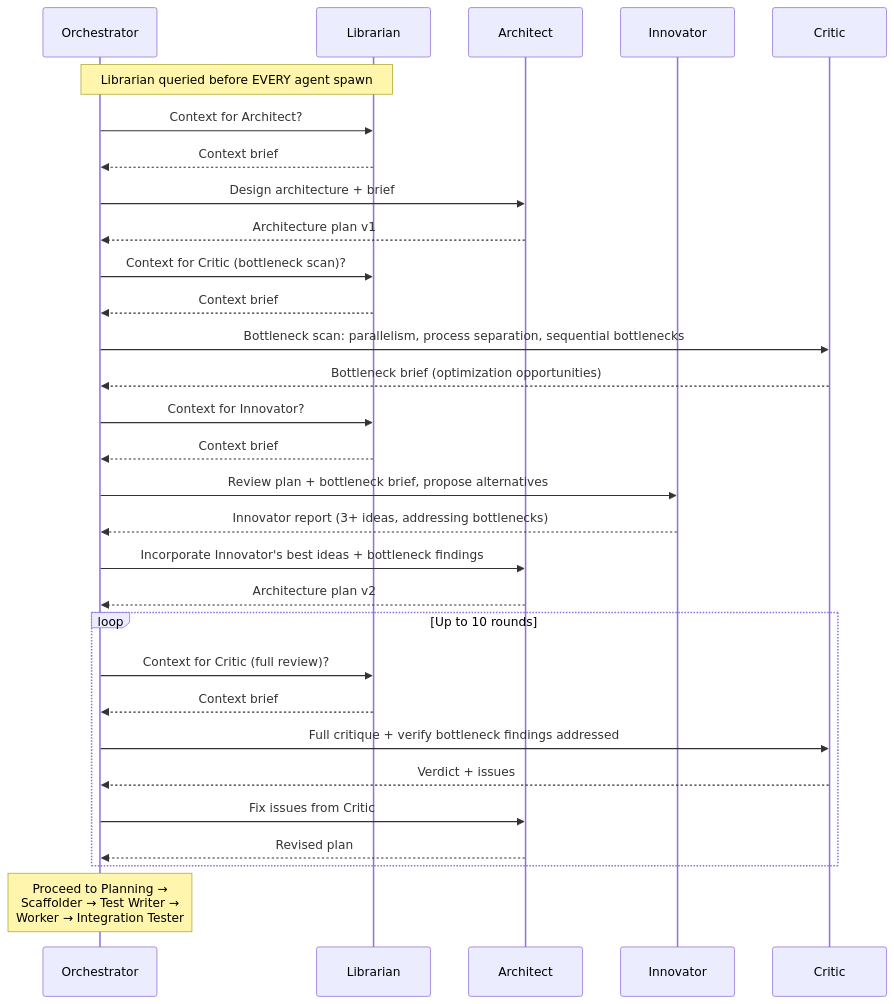
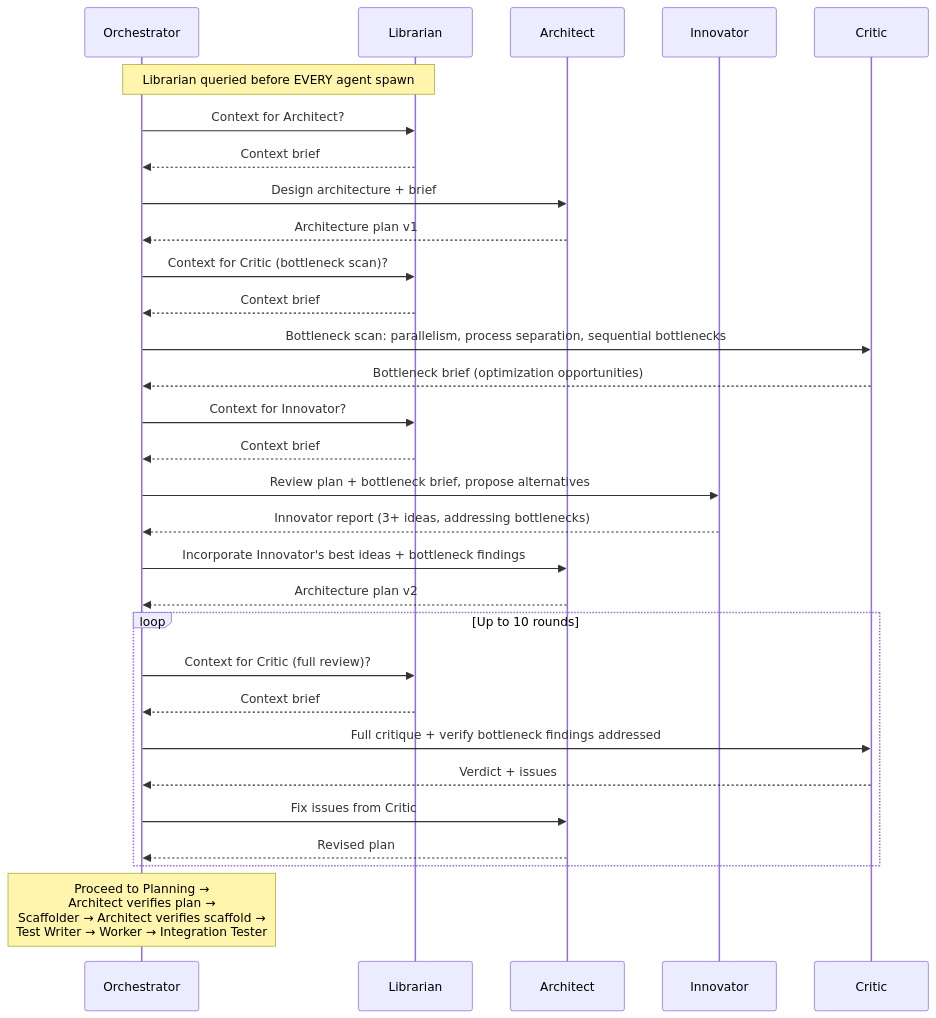
Before and after one commit to Doumajnik/template: the fourth of 15 diagrams in AGENTS.md, drawn with Mermaid. The commit also changed other lines of this file and 4 other files, not shown here.

Commit message:
feat: add verification to scafolder agent output if it is consistent with the architect plan

````diff
--- a/AGENTS.md
+++ b/AGENTS.md
@@ -178,33 +180,33 @@
 ```mermaid
 sequenceDiagram
     participant O as Orchestrator
     participant LIB as Librarian
     participant A as Architect
     participant IN as Innovator
     participant C as Critic
 
     Note over O,LIB: Librarian queried before EVERY agent spawn
     O->>LIB: Context for Architect?
     LIB-->>O: Context brief
     O->>A: Design architecture + brief
     A-->>O: Architecture plan v1
     O->>LIB: Context for Critic (bottleneck scan)?
     LIB-->>O: Context brief
     O->>C: Bottleneck scan: parallelism, process separation, sequential bottlenecks
     C-->>O: Bottleneck brief (optimization opportunities)
     O->>LIB: Context for Innovator?
     LIB-->>O: Context brief
     O->>IN: Review plan + bottleneck brief, propose alternatives
     IN-->>O: Innovator report (3+ ideas, addressing bottlenecks)
     O->>A: Incorporate Innovator's best ideas + bottleneck findings
     A-->>O: Architecture plan v2
     loop Up to 10 rounds
         O->>LIB: Context for Critic (full review)?
         LIB-->>O: Context brief
         O->>C: Full critique + verify bottleneck findings addressed
         C-->>O: Verdict + issues
         O->>A: Fix issues from Critic
         A-->>O: Revised plan
     end
-    Note over O: Proceed to Planning →<br/>Scaffolder → Test Writer →<br/>Worker → Integration Tester
+    Note over O: Proceed to Planning →<br/>Architect verifies plan →<br/>Scaffolder → Architect verifies scaffold →<br/>Test Writer → Worker → Integration Tester
 ```
````
